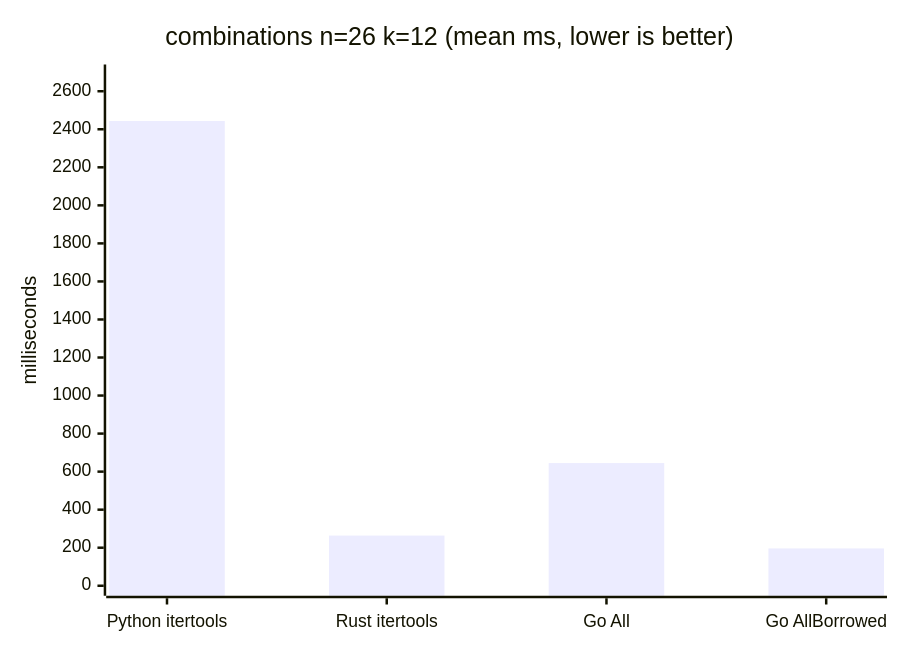
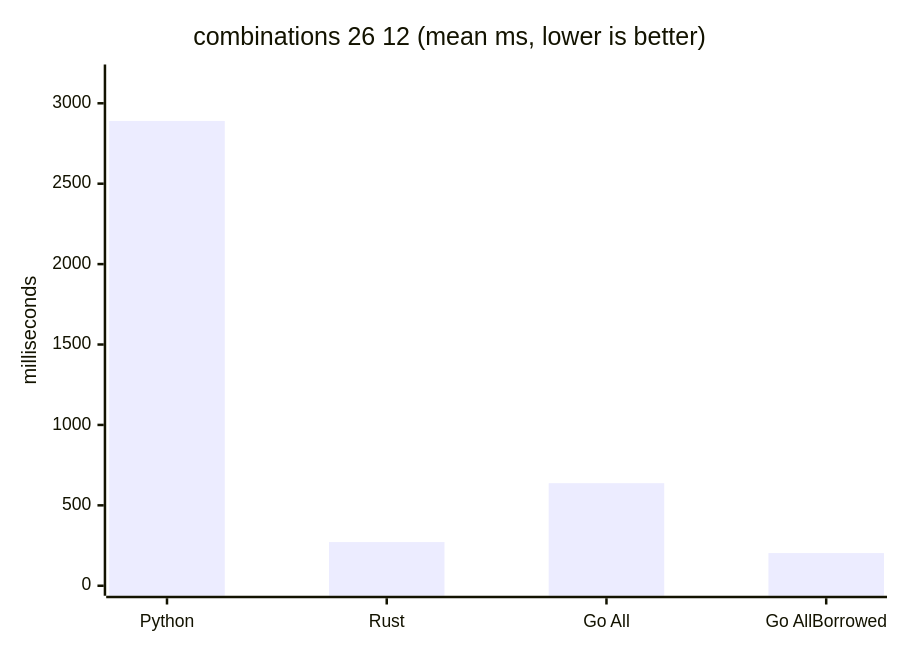
The first of 8 diagrams in bench/RESULTS.md (natemcintosh/gocombinatorics), drawn with Mermaid before and after one commit. The commit also changed other lines of this file and 4 other files, not shown here.

````diff
--- a/bench/RESULTS.md
+++ b/bench/RESULTS.md
@@ -49,7 +57,7 @@
 ```mermaid
 xychart-beta
-    title "combinations n=26 k=12 (mean ms, lower is better)"
-    x-axis ["Python itertools", "Rust itertools", "Go All", "Go AllBorrowed"]
-    y-axis "milliseconds" 0 --> 2688
-    bar [2443.7, 263.9, 644.9, 196.2]
+    title "combinations 26 12 (mean ms, lower is better)"
+    x-axis ["Python", "Rust", "Go All", "Go AllBorrowed"]
+    y-axis "milliseconds" 0 --> 3179
+    bar [2890.2, 271.5, 637.8, 203.2]
 ```
````
